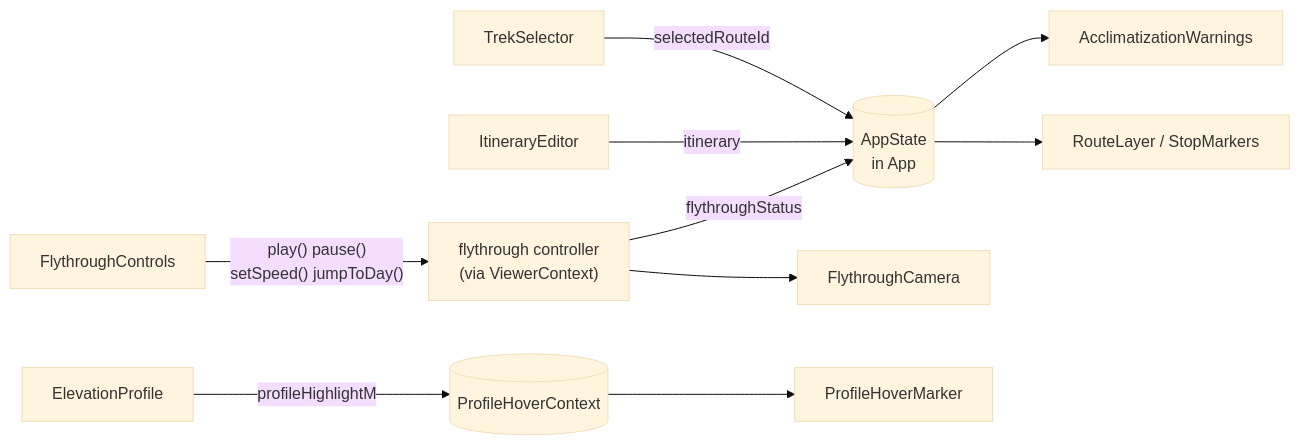
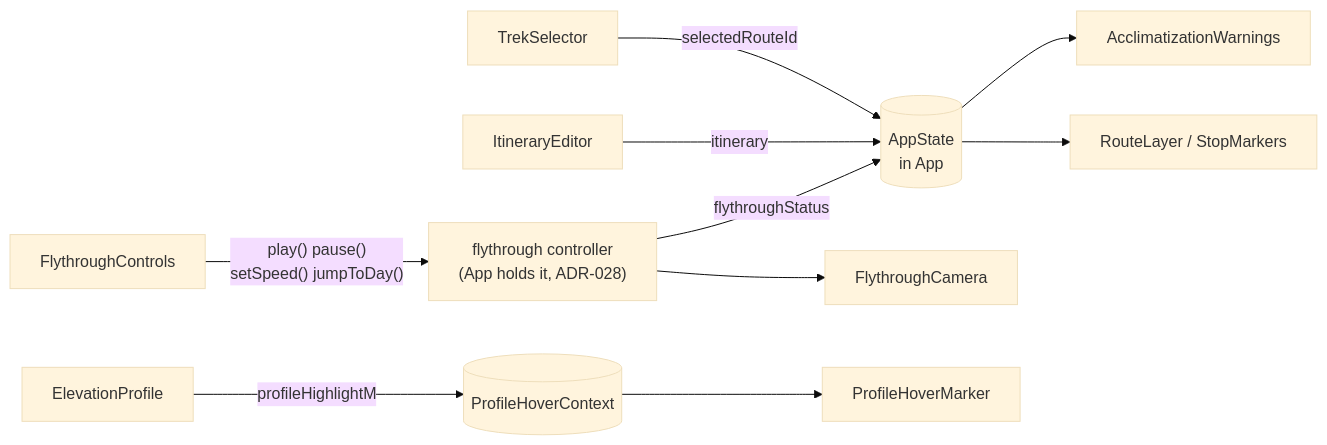
The second of 2 diagrams in docs/ui-design.md (dipson6525/himalaya-3d), drawn with Mermaid (base theme) before and after one commit. The commit also changed other lines of this file and 6 other files, not shown here.

First line of the commit message:
docs(flythrough): ADR-028, viva notes, progress, i18n review, ui-design

````diff
--- a/docs/ui-design.md
+++ b/docs/ui-design.md
@@ -134,12 +134,12 @@
 ```mermaid
 flowchart LR
   Selector["TrekSelector"] -->|selectedRouteId| State[("AppState<br/>in App")]
   Editor["ItineraryEditor"] -->|itinerary| State
   State --> Route["RouteLayer / StopMarkers"]
   State --> Warn["AcclimatizationWarnings"]
   Chart["ElevationProfile"] -->|profileHighlightM| Hover[("ProfileHoverContext")]
   Hover --> Marker["ProfileHoverMarker"]
-  Controls["FlythroughControls"] -->|"play() pause()<br/>setSpeed() jumpToDay()"| Ctrl["flythrough controller<br/>(via ViewerContext)"]
+  Controls["FlythroughControls"] -->|"play() pause()<br/>setSpeed() jumpToDay()"| Ctrl["flythrough controller<br/>(App holds it, ADR-028)"]
   Ctrl --> Cam["FlythroughCamera"]
   Ctrl -->|flythroughStatus| State
 ```
````
